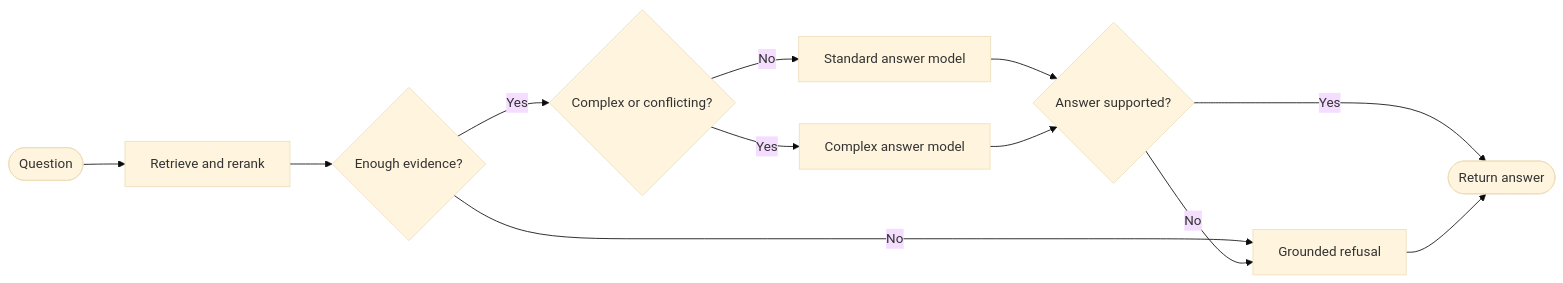
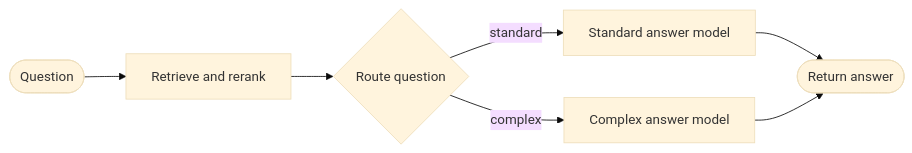
One commit to kajalpatel222/enterprise-rag-policy changed the fourth of 4 diagrams in docs/architecture.md. Above: the diagram before and after it, drawn with Mermaid (base theme). The commit also changed other lines of this file and 8 other files, not shown here.

````diff
--- a/docs/architecture.md
+++ b/docs/architecture.md
@@ -154,14 +146,9 @@
 ```mermaid
 flowchart LR
     START([Question]) --> RETRIEVE[Retrieve and rerank]
-    RETRIEVE --> CHECK{Enough evidence?}
-    CHECK -->|No| REFUSE[Grounded refusal]
-    CHECK -->|Yes| COMPLEX{Complex or conflicting?}
-    COMPLEX -->|No| SIMPLE[Standard answer model]
-    COMPLEX -->|Yes| STRONG[Complex answer model]
-    SIMPLE --> VERIFY{Answer supported?}
-    STRONG --> VERIFY
-    VERIFY -->|Yes| END([Return answer])
-    VERIFY -->|No| REFUSE
-    REFUSE --> END
+    RETRIEVE --> ROUTE{Route question}
+    ROUTE -->|standard| SIMPLE[Standard answer model]
+    ROUTE -->|complex| STRONG[Complex answer model]
+    SIMPLE --> END([Return answer])
+    STRONG --> END
 ```
````
